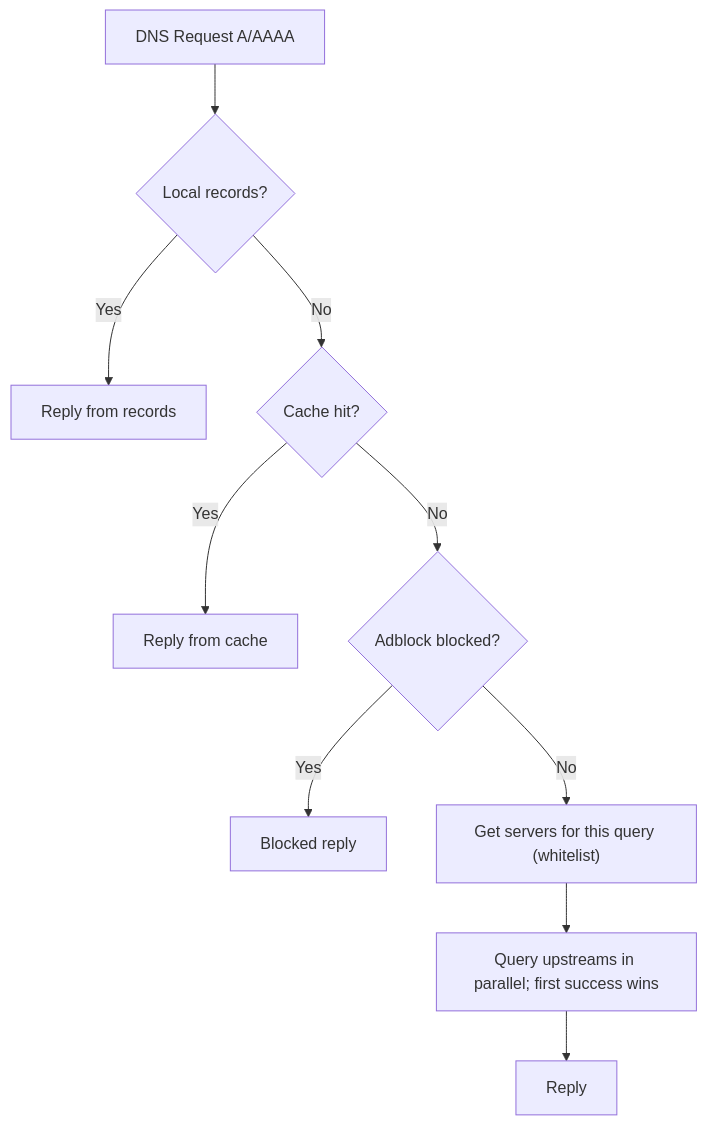
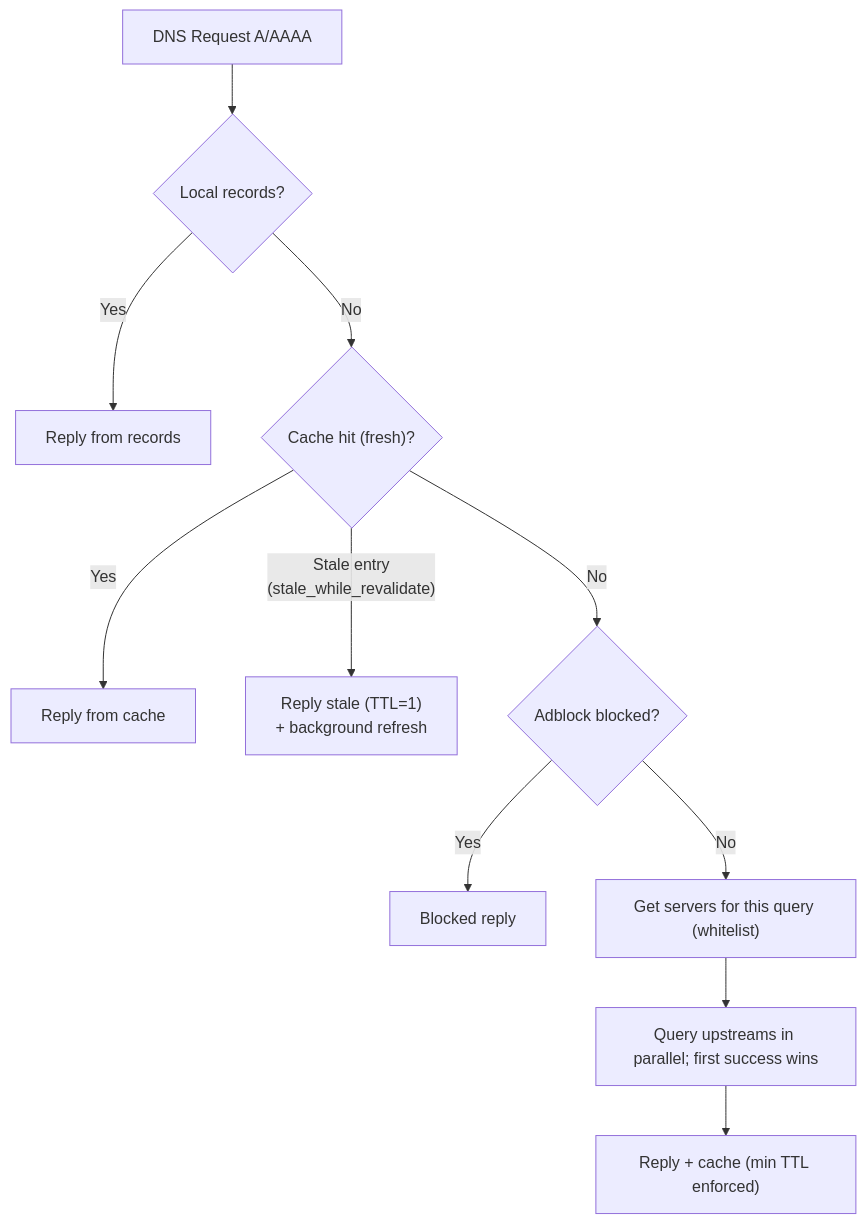
Before and after one commit to network-plane/dnsplane: the diagram in README.md, drawn with Mermaid. The commit also changed other lines of this file and 4 other files, not shown here.

````diff
--- a/README.md
+++ b/README.md
@@ -21,13 +22,14 @@
 ```mermaid
 flowchart TD
     REQ["DNS Request A/AAAA"]
     REQ --> RECORDS{"Local records?"}
     RECORDS -->|Yes| REPLY_R["Reply from records"]
-    RECORDS -->|No| CACHE{"Cache hit?"}
+    RECORDS -->|No| CACHE{"Cache hit (fresh)?"}
     CACHE -->|Yes| REPLY_C["Reply from cache"]
+    CACHE -->|"Stale entry\n(stale_while_revalidate)"| STALE["Reply stale (TTL=1)\n+ background refresh"]
     CACHE -->|No| ADBLOCK{"Adblock blocked?"}
     ADBLOCK -->|Yes| BLOCK["Blocked reply"]
     ADBLOCK -->|No| SELECT["Get servers for this query (whitelist)"]
     SELECT --> UPSTREAM["Query upstreams in parallel; first success wins"]
-    UPSTREAM --> REPLY_A["Reply"]
+    UPSTREAM --> REPLY_A["Reply + cache (min TTL enforced)"]
 ```
````
